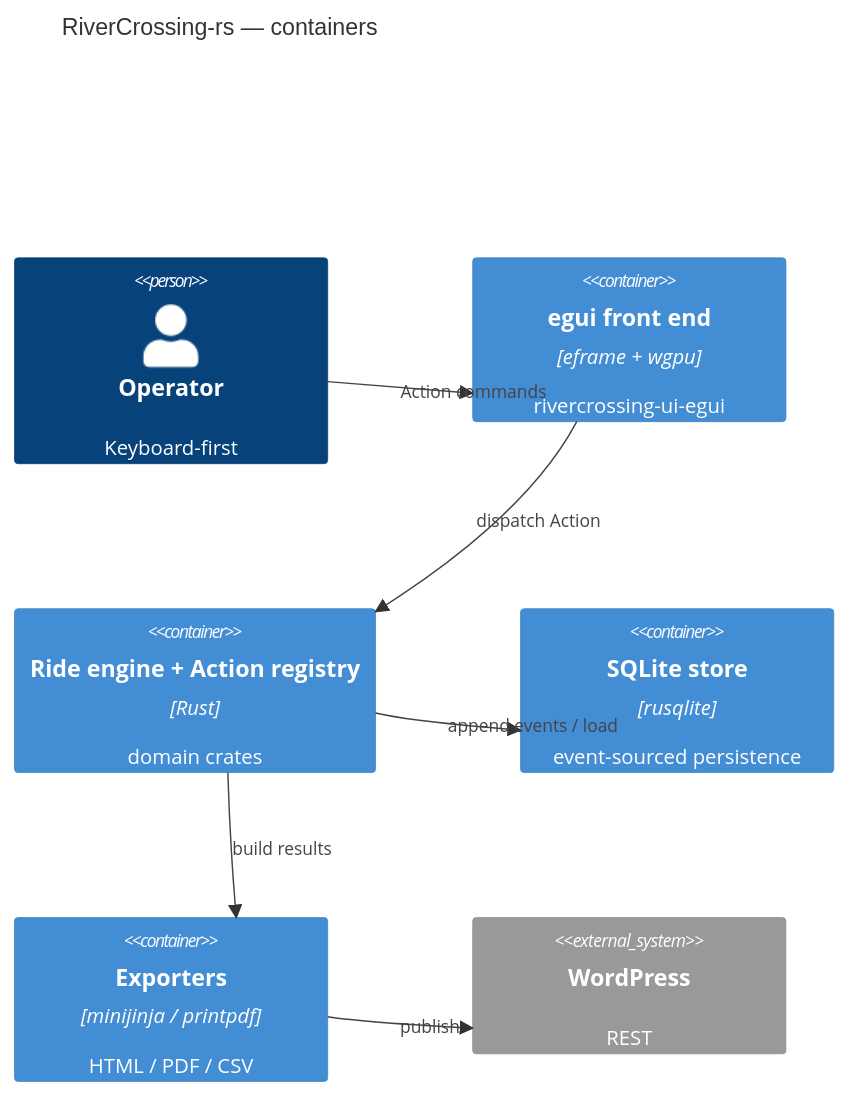
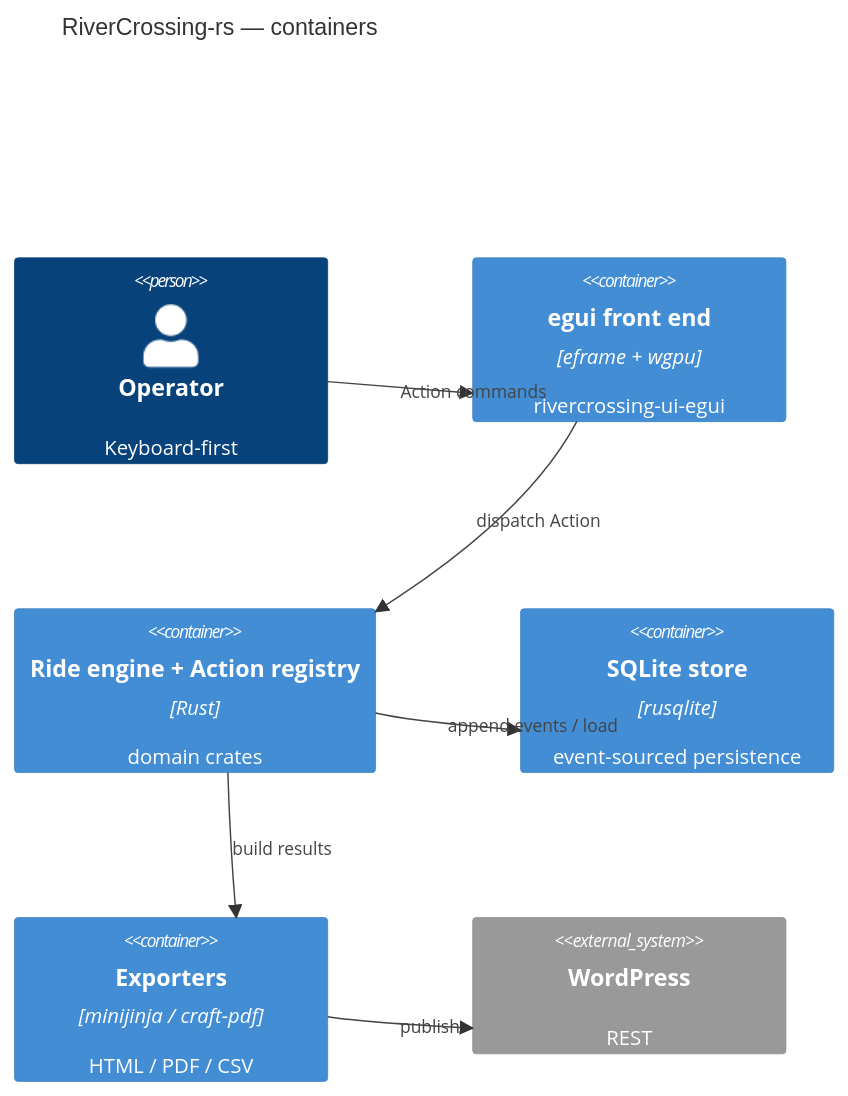
One commit to mbuckaway/rivercrossing-rs changed the second of 5 diagrams in design/docs-md/architecture.md. Above: the diagram before and after it, drawn with Mermaid. The commit also changed other lines of this file and 4 other files, not shown here.

Commit message:
docs(exports): record craft-pdf/minijinja decisions and correct EPIC-9 contract

````diff
--- a/design/docs-md/architecture.md
+++ b/design/docs-md/architecture.md
@@ -38,15 +38,15 @@
 ```mermaid
 C4Container
     title RiverCrossing-rs — containers
     Person(operator, "Operator", "Keyboard-first")
     Container(ui, "egui front end", "eframe + wgpu", "rivercrossing-ui-egui")
     Container(engine, "Ride engine + Action registry", "Rust", "domain crates")
     Container(store, "SQLite store", "rusqlite", "event-sourced persistence")
-    Container(exports, "Exporters", "minijinja / printpdf", "HTML / PDF / CSV")
+    Container(exports, "Exporters", "minijinja / craft-pdf", "HTML / PDF / CSV")
     System_Ext(wp, "WordPress", "REST")
     Rel(operator, ui, "Action commands")
     Rel(ui, engine, "dispatch Action")
     Rel(engine, store, "append events / load")
     Rel(engine, exports, "build results")
     Rel(exports, wp, "publish")
 ```
````
